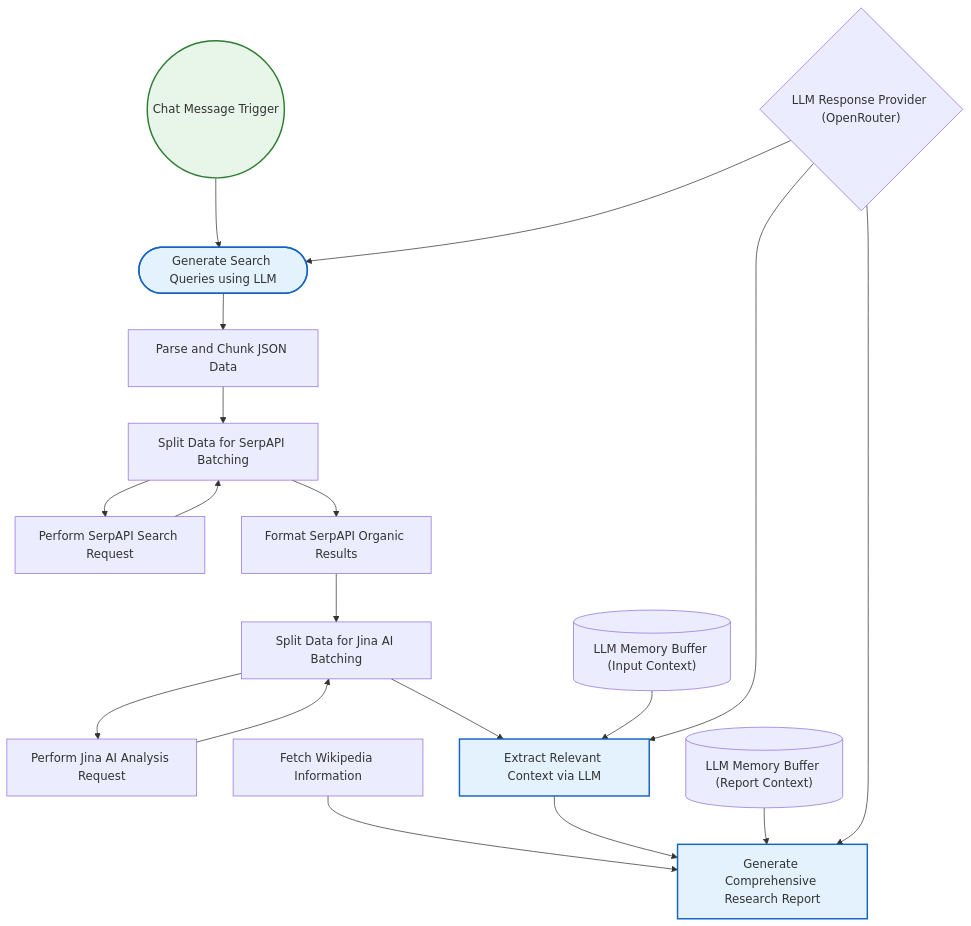
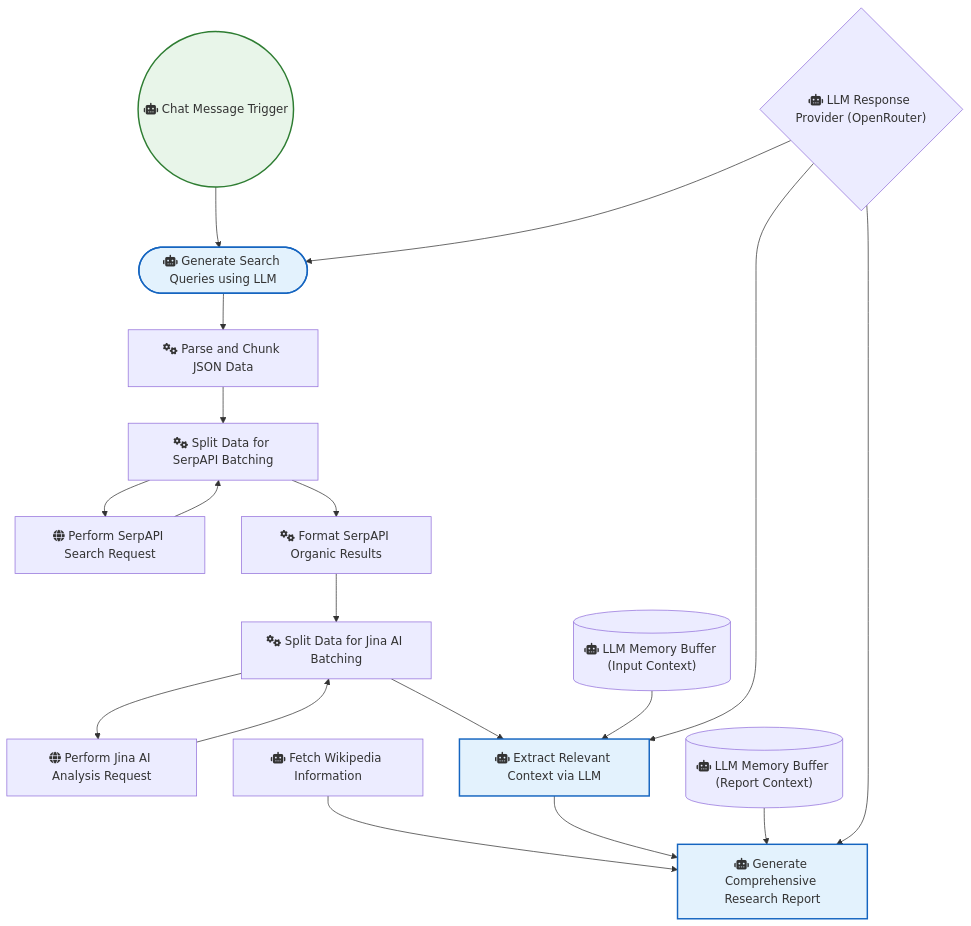
The diagram in AI_Research_RAG_and_Data_Analysis/Open Deep Research - AI-Powered Autonomous Research Workflow.md (sreyash3105/N8N-DEMO-AUTOMATIONS), drawn with Mermaid before and after one commit. The commit also changed 291 other files, not shown here.

````diff
--- a/AI_Research_RAG_and_Data_Analysis/Open Deep Research - AI-Powered Autonomous Research Workflow.md
+++ b/AI_Research_RAG_and_Data_Analysis/Open Deep Research - AI-Powered Autonomous Research Workflow.md
@@ -1,39 +1,39 @@
 ```mermaid
 graph TD
     classDef trigger fill:#e8f5e9,stroke:#2e7d32,stroke-width:2px;
     classDef ai fill:#e3f2fd,stroke:#1565c0,stroke-width:2px;
     classDef logic fill:#fff3e0,stroke:#ef6c00,stroke-width:2px;
 
-    Chat_Message_Trigger(("Chat Message Trigger")):::trigger
-    Generate_Search_Queries_using_LLM(["Generate Search Queries using LLM"]):::ai
-    LLM_Response_Provider__OpenRouter_{"LLM Response Provider (OpenRouter)"}
-    Parse_and_Chunk_JSON_Data["Parse and Chunk JSON Data"]
-    Perform_SerpAPI_Search_Request["Perform SerpAPI Search Request"]
-    Perform_Jina_AI_Analysis_Request["Perform Jina AI Analysis Request"]
-    Format_SerpAPI_Organic_Results["Format SerpAPI Organic Results"]
-    Extract_Relevant_Context_via_LLM["Extract Relevant Context via LLM"]:::ai
-    Generate_Comprehensive_Research_Report["Generate Comprehensive Research Report"]:::ai
-    Split_Data_for_SerpAPI_Batching["Split Data for SerpAPI Batching"]
-    Split_Data_for_Jina_AI_Batching["Split Data for Jina AI Batching"]
-    LLM_Memory_Buffer__Input_Context_[("LLM Memory Buffer (Input Context)")]
-    LLM_Memory_Buffer__Report_Context_[("LLM Memory Buffer (Report Context)")]
-    Fetch_Wikipedia_Information["Fetch Wikipedia Information"]
+    Chat_Message_Trigger(("fas:fa-robot Chat Message Trigger")):::trigger
+    Generate_Search_Queries_using_LLM(["fas:fa-robot Generate Search Queries using LLM"]):::ai
+    LLM_Response_Provider__OpenRouter_{"fas:fa-robot LLM Response Provider (OpenRouter)"}
+    Parse_and_Chunk_JSON_Data["fas:fa-cogs Parse and Chunk JSON Data"]
+    Perform_SerpAPI_Search_Request["fas:fa-globe Perform SerpAPI Search Request"]
+    Perform_Jina_AI_Analysis_Request["fas:fa-globe Perform Jina AI Analysis Request"]
+    Format_SerpAPI_Organic_Results["fas:fa-cogs Format SerpAPI Organic Results"]
+    Extract_Relevant_Context_via_LLM["fas:fa-robot Extract Relevant Context via LLM"]:::ai
+    Generate_Comprehensive_Research_Report["fas:fa-robot Generate Comprehensive Research Report"]:::ai
+    Split_Data_for_SerpAPI_Batching["fas:fa-cogs Split Data for SerpAPI Batching"]
+    Split_Data_for_Jina_AI_Batching["fas:fa-cogs Split Data for Jina AI Batching"]
+    LLM_Memory_Buffer__Input_Context_[("fas:fa-robot LLM Memory Buffer (Input Context)")]
+    LLM_Memory_Buffer__Report_Context_[("fas:fa-robot LLM Memory Buffer (Report Context)")]
+    Fetch_Wikipedia_Information["fas:fa-robot Fetch Wikipedia Information"]
 
     Chat_Message_Trigger --> Generate_Search_Queries_using_LLM
     Parse_and_Chunk_JSON_Data --> Split_Data_for_SerpAPI_Batching
     Fetch_Wikipedia_Information --> Generate_Comprehensive_Research_Report
     Format_SerpAPI_Organic_Results --> Split_Data_for_Jina_AI_Batching
     Perform_SerpAPI_Search_Request --> Split_Data_for_SerpAPI_Batching
     Split_Data_for_Jina_AI_Batching --> Extract_Relevant_Context_via_LLM
     Split_Data_for_Jina_AI_Batching --> Perform_Jina_AI_Analysis_Request
     Split_Data_for_SerpAPI_Batching --> Format_SerpAPI_Organic_Results
     Split_Data_for_SerpAPI_Batching --> Perform_SerpAPI_Search_Request
     Extract_Relevant_Context_via_LLM --> Generate_Comprehensive_Research_Report
     Perform_Jina_AI_Analysis_Request --> Split_Data_for_Jina_AI_Batching
     Generate_Search_Queries_using_LLM --> Parse_and_Chunk_JSON_Data
     LLM_Memory_Buffer__Input_Context_ --> Extract_Relevant_Context_via_LLM
     LLM_Memory_Buffer__Report_Context_ --> Generate_Comprehensive_Research_Report
     LLM_Response_Provider__OpenRouter_ --> Generate_Search_Queries_using_LLM
     LLM_Response_Provider__OpenRouter_ --> Extract_Relevant_Context_via_LLM
     LLM_Response_Provider__OpenRouter_ --> Generate_Comprehensive_Research_Report
 ```
````
